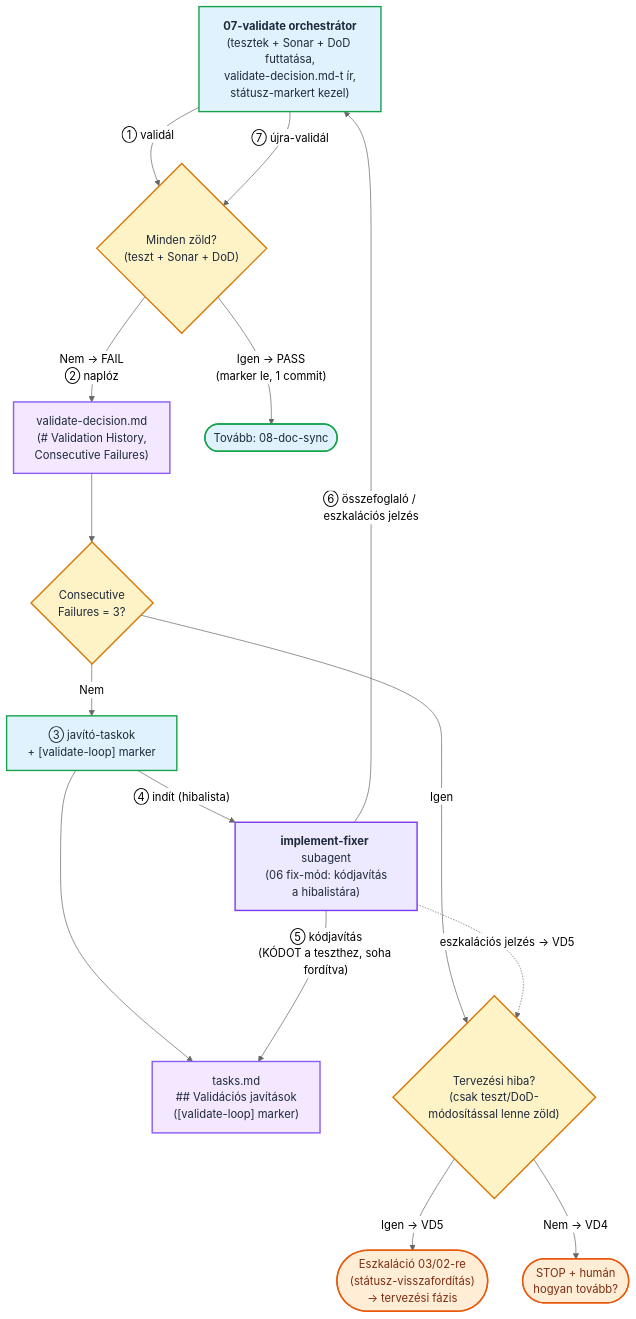
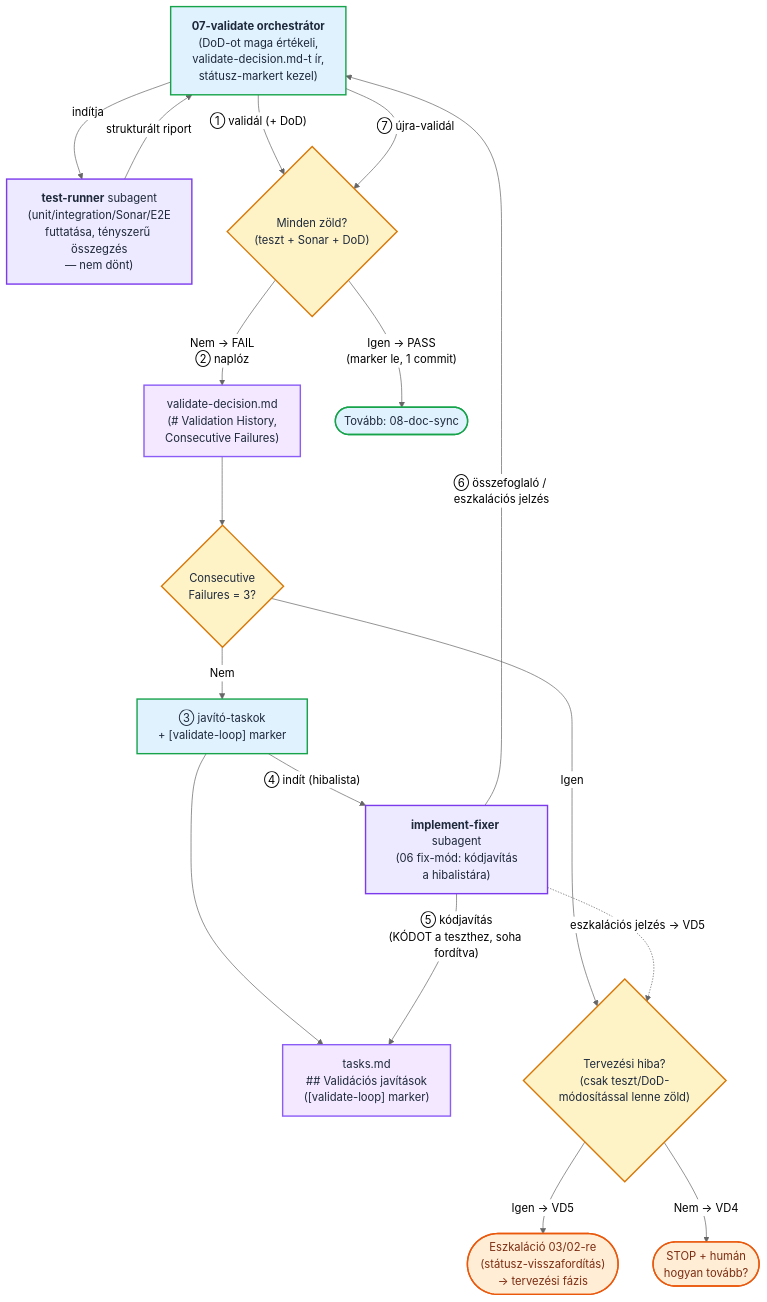
The fourth of 6 diagrams in README.md (berkiadam/berkispec), drawn with Mermaid (neutral theme) before and after one commit. The commit also changed other lines of this file and 21 other files, not shown here.

````diff
--- a/README.md
+++ b/README.md
@@ -543,34 +550,37 @@
 ```mermaid
 flowchart TD
     classDef orch fill:#e0f2fe,stroke:#16a34a,stroke-width:2px,color:#1e293b;
     classDef agent fill:#ede9fe,stroke:#7c3aed,stroke-width:2px,color:#1e293b;
     classDef doc fill:#f3e8ff,stroke:#8b5cf6,stroke-width:2px,color:#1e293b;
     classDef decision fill:#fef3c7,stroke:#d97706,stroke-width:2px,color:#1e293b;
     classDef userInput fill:#ffedd5,stroke:#ea580c,stroke-width:2px,color:#7c2d12;
 
-    O["<b>07-validate orchestrátor</b><br/>(tesztek + Sonar + DoD futtatása,<br/>validate-decision.md-t ír,<br/>státusz-markert kezel)"]:::orch
+    O["<b>07-validate orchestrátor</b><br/>(DoD-ot maga értékeli,<br/>validate-decision.md-t ír,<br/>státusz-markert kezel)"]:::orch
+    TR["<b>test-runner</b> subagent<br/>(unit/integration/Sonar/E2E<br/>futtatása, tényszerű összegzés<br/>— nem dönt)"]:::agent
     FIX["<b>implement-fixer</b> subagent<br/>(06 fix-mód: kódjavítás<br/>a hibalistára)"]:::agent
     TASKS["tasks.md<br/>## Validációs javítások<br/>([validate-loop] marker)"]:::doc
     HIST["validate-decision.md<br/>(# Validation History,<br/>Consecutive Failures)"]:::doc
 
     Run{"Minden zöld?<br/>(teszt + Sonar + DoD)"}:::decision
     ThreeStrike{"Consecutive<br/>Failures = 3?"}:::decision
     Design{"Tervezési hiba?<br/>(csak teszt/DoD-<br/>módosítással lenne zöld)"}:::decision
 
-    O -- "① validál" --> Run
+    O -- "indítja" --> TR
+    TR -- "strukturált riport" --> O
+    O -- "① validál (+ DoD)" --> Run
     Run -- "Igen → PASS<br/>(marker le, 1 commit)" --> Done(["Tovább: 08-doc-sync"]):::orch
 
     Run -- "Nem → FAIL<br/>② naplóz" --> HIST
     HIST --> ThreeStrike
     ThreeStrike -- "Igen" --> Design
     Design -- "Igen → VD5" --> Esc(["Eszkaláció 03/02-re<br/>(státusz-visszafordítás)<br/>→ tervezési fázis"]):::userInput
     Design -- "Nem → VD4" --> Stop(["STOP + humán<br/>hogyan tovább?"]):::userInput
 
     ThreeStrike -- "Nem" --> O3["③ javító-taskok<br/>+ [validate-loop] marker"]:::orch
     O3 --> TASKS
     O3 -- "④ indít (hibalista)" --> FIX
     FIX -- "⑤ kódjavítás<br/>(KÓDOT a teszthez, soha fordítva)" --> TASKS
     FIX -- "⑥ összefoglaló / eszkalációs jelzés" --> O
     FIX -. "eszkalációs jelzés → VD5" .-> Design
     O -- "⑦ újra-validál" --> Run
 ```
````
